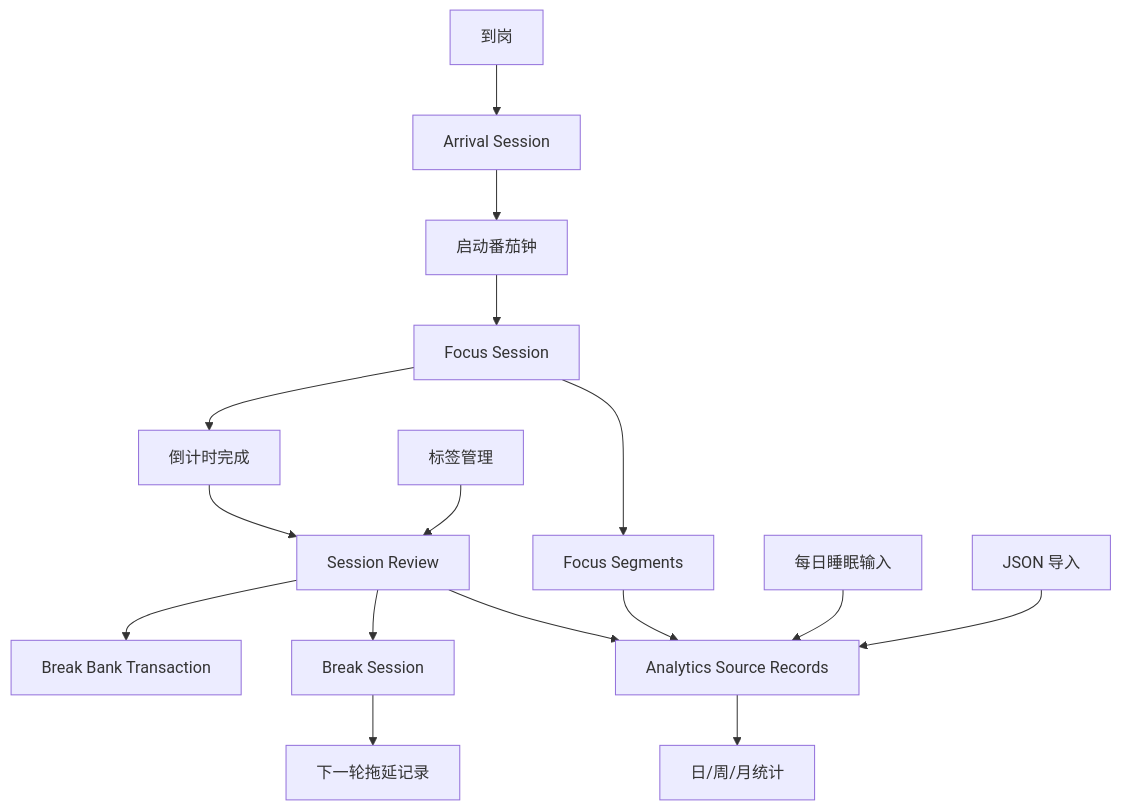
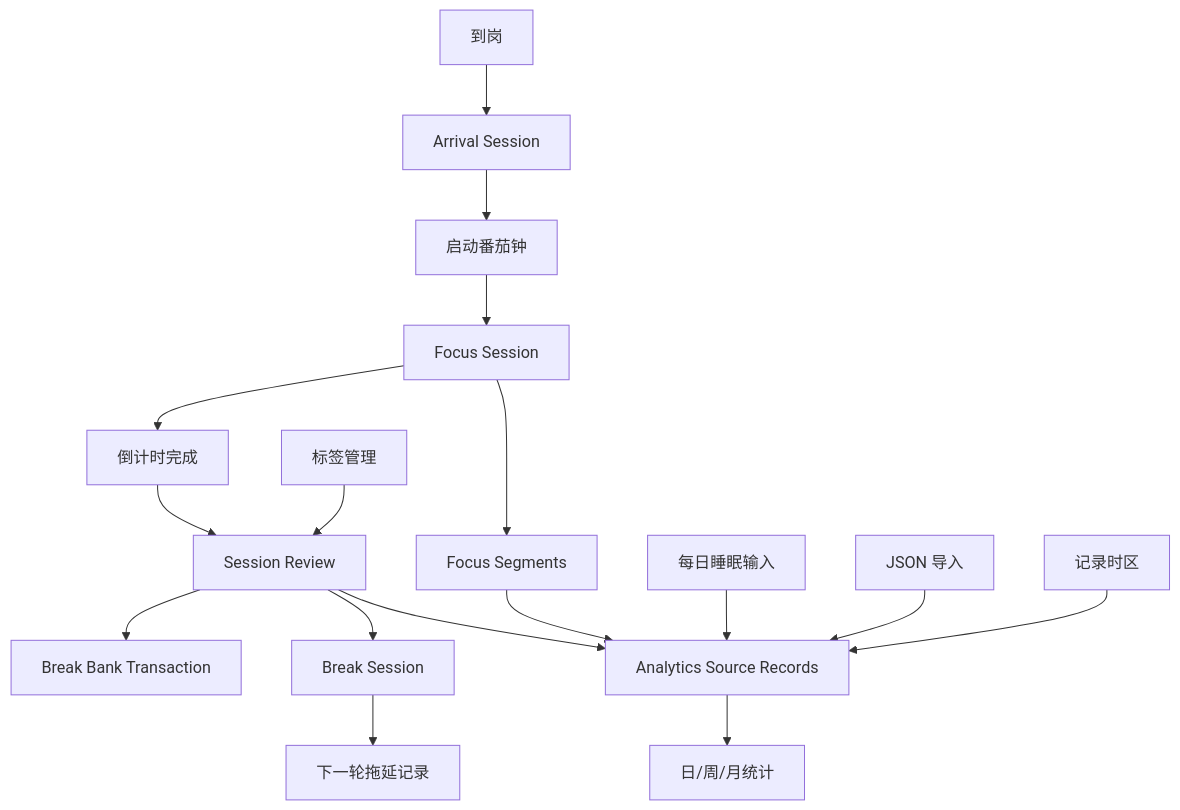
The diagram in docs/module-map.md (lapse-code/status-record), drawn with Mermaid before and after one commit. The commit also changed other lines of this file and 20 other files, not shown here.

Commit message:
Add timezone-aware timelines

````diff
--- a/docs/module-map.md
+++ b/docs/module-map.md
@@ -70,18 +73,19 @@
 ```mermaid
 flowchart TD
   A["到岗"] --> B["Arrival Session"]
   B --> C["启动番茄钟"]
   C --> D["Focus Session"]
   D --> E["倒计时完成"]
   D --> S["Focus Segments"]
   S --> H
   E --> F["Session Review"]
   F --> G["Break Bank Transaction"]
   F --> L["Break Session"]
   L --> M["下一轮拖延记录"]
   F --> H["Analytics Source Records"]
   I["每日睡眠输入"] --> H
   J["标签管理"] --> F
   N["JSON 导入"] --> H
+  O["记录时区"] --> H
   H --> K["日/周/月统计"]
 ```
````
